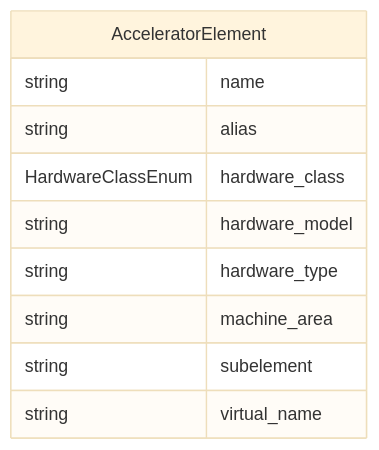
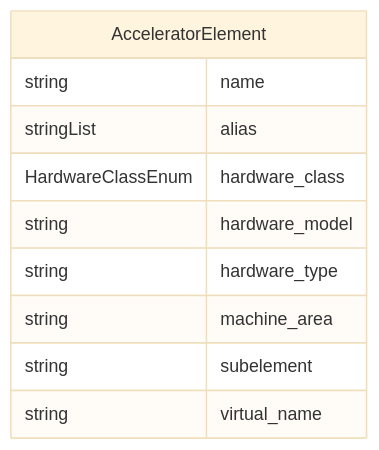
The diagram in docs/source/Architecture/element-er.md (astec-stfc/laura), drawn with Mermaid (base theme) before and after one commit. The commit also changed 330 other files, not shown here.

Commit message:
Rationalising the schema and objects

````diff
--- a/docs/source/Architecture/element-er.md
+++ b/docs/source/Architecture/element-er.md
@@ -1,16 +1,16 @@
 ```mermaid
 erDiagram
 AcceleratorElement {
     string name  
-    string alias  
+    stringList alias  
     HardwareClassEnum hardware_class  
     string hardware_model  
     string hardware_type  
     string machine_area  
     string subelement  
     string virtual_name  
 }
 
 
 
 ```
````
